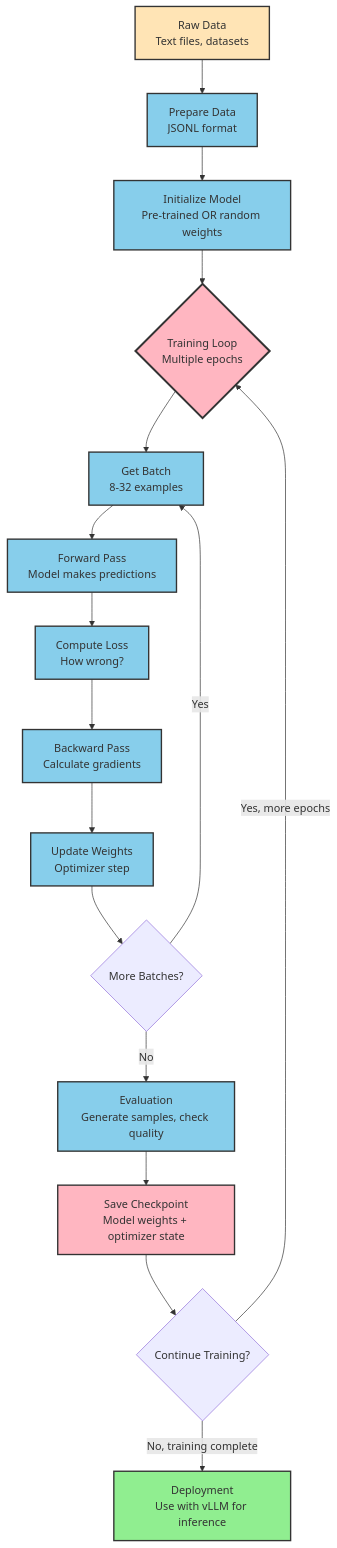
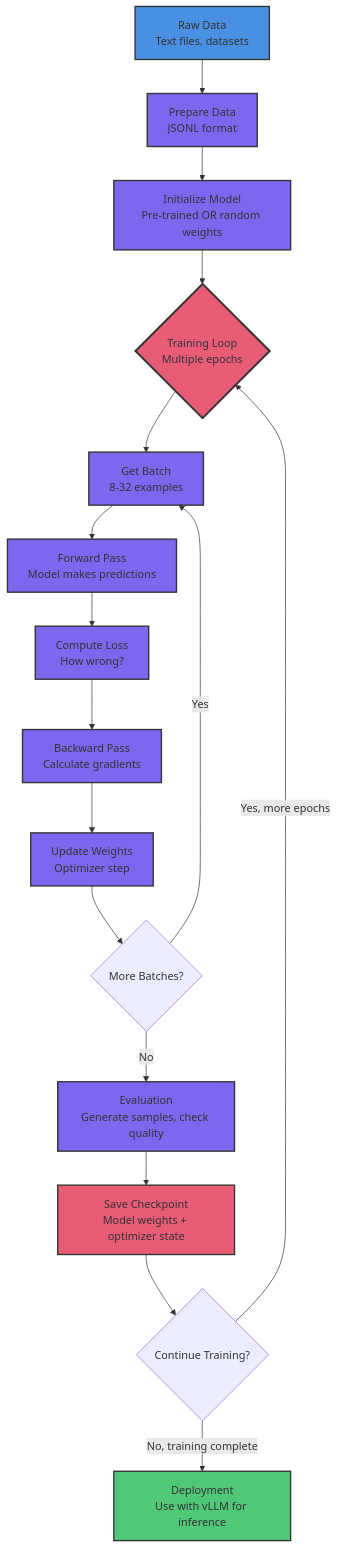
One commit to tenstorrent/tt-vscode-toolkit changed the second of 2 diagrams in content/lessons/ct1-understanding-training.md. Above: the diagram before and after it, drawn with Mermaid. The commit also changed other lines of this file and 9 other files, not shown here.

````diff
--- a/content/lessons/ct1-understanding-training.md
+++ b/content/lessons/ct1-understanding-training.md
@@ -182,36 +182,36 @@
 ```mermaid
 graph TD
     A[Raw Data<br/>Text files, datasets] --> B[Prepare Data<br/>JSONL format]
     B --> C[Initialize Model<br/>Pre-trained OR random weights]
 
     C --> D{Training Loop<br/>Multiple epochs}
 
     D --> E[Get Batch<br/>8-32 examples]
     E --> F[Forward Pass<br/>Model makes predictions]
     F --> G[Compute Loss<br/>How wrong?]
     G --> H[Backward Pass<br/>Calculate gradients]
     H --> I[Update Weights<br/>Optimizer step]
 
     I --> J{More Batches?}
     J -->|Yes| E
     J -->|No| K[Evaluation<br/>Generate samples, check quality]
 
     K --> L[Save Checkpoint<br/>Model weights + optimizer state]
 
     L --> M{Continue Training?}
     M -->|Yes, more epochs| D
     M -->|No, training complete| N[Deployment<br/>Use with vLLM for inference]
 
-    style A fill:#FFE4B5,stroke:#333,stroke-width:2px
-    style B fill:#87CEEB,stroke:#333,stroke-width:2px
-    style C fill:#87CEEB,stroke:#333,stroke-width:2px
-    style D fill:#FFB6C1,stroke:#333,stroke-width:3px
-    style E fill:#87CEEB,stroke:#333,stroke-width:2px
-    style F fill:#87CEEB,stroke:#333,stroke-width:2px
-    style G fill:#87CEEB,stroke:#333,stroke-width:2px
-    style H fill:#87CEEB,stroke:#333,stroke-width:2px
-    style I fill:#87CEEB,stroke:#333,stroke-width:2px
-    style K fill:#87CEEB,stroke:#333,stroke-width:2px
-    style L fill:#FFB6C1,stroke:#333,stroke-width:2px
-    style N fill:#90EE90,stroke:#333,stroke-width:2px
+    style A fill:#4A90E2,stroke:#333,stroke-width:2px
+    style B fill:#7B68EE,stroke:#333,stroke-width:2px
+    style C fill:#7B68EE,stroke:#333,stroke-width:2px
+    style D fill:#E85D75,stroke:#333,stroke-width:3px
+    style E fill:#7B68EE,stroke:#333,stroke-width:2px
+    style F fill:#7B68EE,stroke:#333,stroke-width:2px
+    style G fill:#7B68EE,stroke:#333,stroke-width:2px
+    style H fill:#7B68EE,stroke:#333,stroke-width:2px
+    style I fill:#7B68EE,stroke:#333,stroke-width:2px
+    style K fill:#7B68EE,stroke:#333,stroke-width:2px
+    style L fill:#E85D75,stroke:#333,stroke-width:2px
+    style N fill:#50C878,stroke:#333,stroke-width:2px
 ```
````
